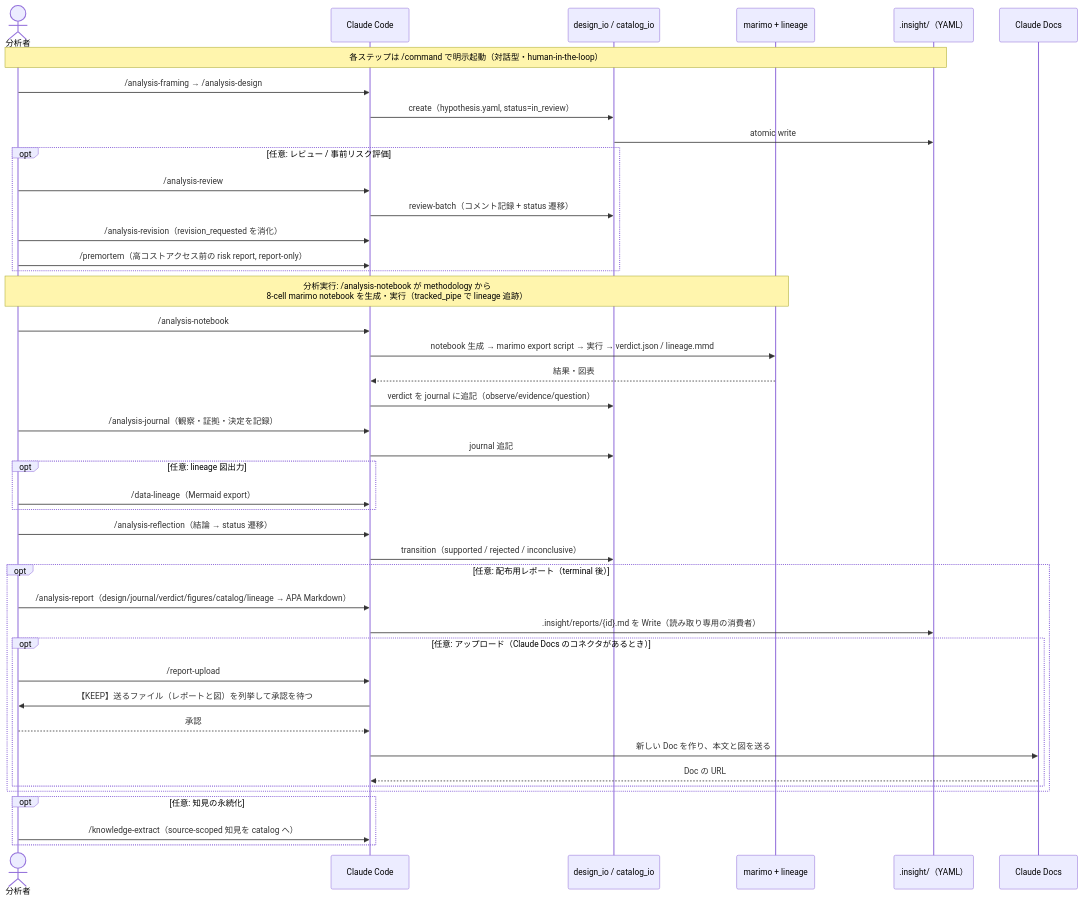
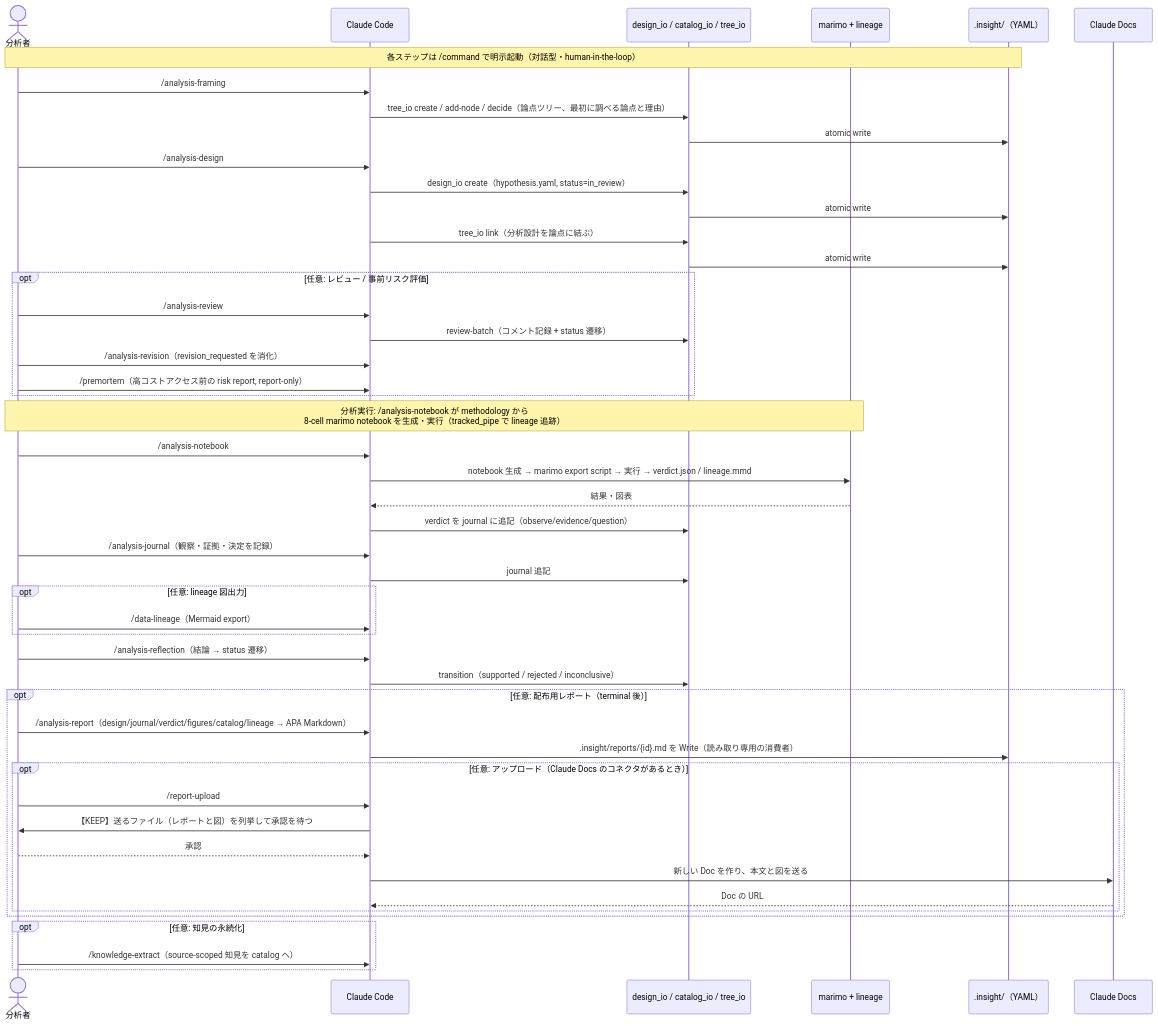
The fourth of 6 diagrams in docs/ARCHITECTURE.md (etoyama/insight-blueprint-skills), drawn with Mermaid before and after one commit. The commit also changed other lines of this file and 3 other files, not shown here.

First line of the commit message:
docs(epic-18): Story 18.2 の決定、Test Design Matrix、ARCHITECTURE の図を更新する（#120）

````diff
--- a/docs/ARCHITECTURE.md
+++ b/docs/ARCHITECTURE.md
@@ -251,49 +251,54 @@
 ```mermaid
 sequenceDiagram
     actor U as 分析者
     participant CC as Claude Code
-    participant IO as design_io / catalog_io
+    participant IO as design_io / catalog_io / tree_io
     participant MO as marimo + lineage
     participant FS as .insight/（YAML）
     participant DC as Claude Docs
 
     Note over U,FS: 各ステップは /command で明示起動（対話型・human-in-the-loop）
-    U->>CC: /analysis-framing → /analysis-design
-    CC->>IO: create（hypothesis.yaml, status=in_review）
+    U->>CC: /analysis-framing
+    CC->>IO: tree_io create / add-node / decide（論点ツリー、最初に調べる論点と理由）
+    IO->>FS: atomic write
+    U->>CC: /analysis-design
+    CC->>IO: design_io create（hypothesis.yaml, status=in_review）
+    IO->>FS: atomic write
+    CC->>IO: tree_io link（分析設計を論点に結ぶ）
     IO->>FS: atomic write
 
     opt 任意: レビュー / 事前リスク評価
         U->>CC: /analysis-review
         CC->>IO: review-batch（コメント記録 + status 遷移）
         U->>CC: /analysis-revision（revision_requested を消化）
         U->>CC: /premortem（高コストアクセス前の risk report, report-only）
     end
 
     Note over U,MO: 分析実行: /analysis-notebook が methodology から<br/>8-cell marimo notebook を生成・実行（tracked_pipe で lineage 追跡）
     U->>CC: /analysis-notebook
     CC->>MO: notebook 生成 → marimo export script → 実行 → verdict.json / lineage.mmd
     MO-->>CC: 結果・図表
     CC->>IO: verdict を journal に追記（observe/evidence/question）
 
     U->>CC: /analysis-journal（観察・証拠・決定を記録）
     CC->>IO: journal 追記
     opt 任意: lineage 図出力
         U->>CC: /data-lineage（Mermaid export）
     end
     U->>CC: /analysis-reflection（結論 → status 遷移）
     CC->>IO: transition（supported / rejected / inconclusive）
     opt 任意: 配布用レポート（terminal 後）
         U->>CC: /analysis-report（design/journal/verdict/figures/catalog/lineage → APA Markdown）
         CC->>FS: .insight/reports/{id}.md を Write（読み取り専用の消費者）
         opt 任意: アップロード（Claude Docs のコネクタがあるとき）
             U->>CC: /report-upload
             CC->>U: 【KEEP】送るファイル（レポートと図）を列挙して承認を待つ
             U-->>CC: 承認
             CC->>DC: 新しい Doc を作り、本文と図を送る
             DC-->>CC: Doc の URL
         end
     end
     opt 任意: 知見の永続化
         U->>CC: /knowledge-extract（source-scoped 知見を catalog へ）
     end
 ```
````
